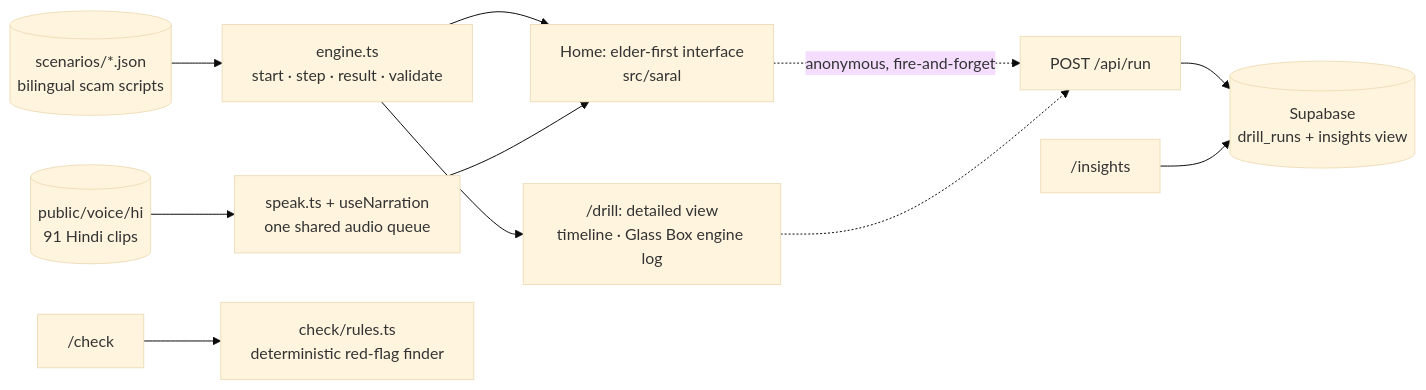
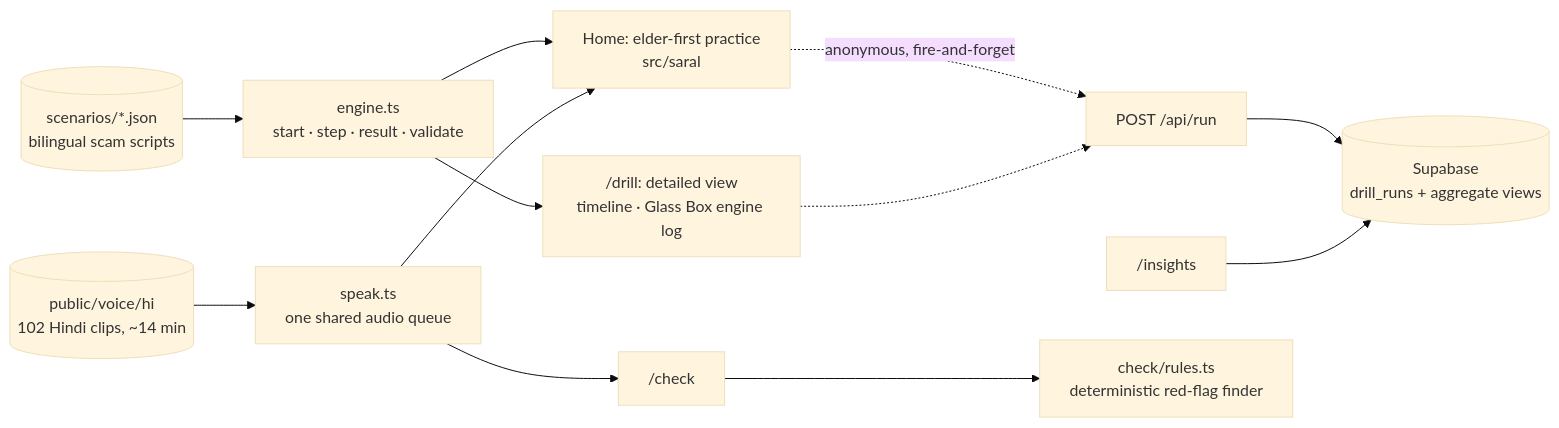
Before and after one commit to kambojmayan-png/chaukas: the diagram in README.md, drawn with Mermaid (base theme). The commit also changed other lines of this file and 12 other files, not shown here.

````diff
--- a/README.md
+++ b/README.md
@@ -87,13 +106,14 @@
 ```mermaid
 flowchart LR
   S[("scenarios/*.json<br/>bilingual scam scripts")] --> E["engine.ts<br/>start · step · result · validate"]
-  V[("public/voice/hi<br/>91 Hindi clips")] --> N["speak.ts + useNarration<br/>one shared audio queue"]
-  E --> SA["Home: elder-first interface<br/>src/saral"]
+  V[("public/voice/hi<br/>102 Hindi clips, ~14 min")] --> N["speak.ts<br/>one shared audio queue"]
+  E --> SA["Home: elder-first practice<br/>src/saral"]
   N --> SA
+  N --> C
   E --> DV["/drill: detailed view<br/>timeline · Glass Box engine log"]
   SA -. "anonymous, fire-and-forget" .-> A["POST /api/run"]
   DV -.-> A
-  A --> DB[("Supabase<br/>drill_runs + insights view")]
+  A --> DB[("Supabase<br/>drill_runs + aggregate views")]
   I["/insights"] --> DB
   C["/check"] --> R["check/rules.ts<br/>deterministic red-flag finder"]
 ```
````
